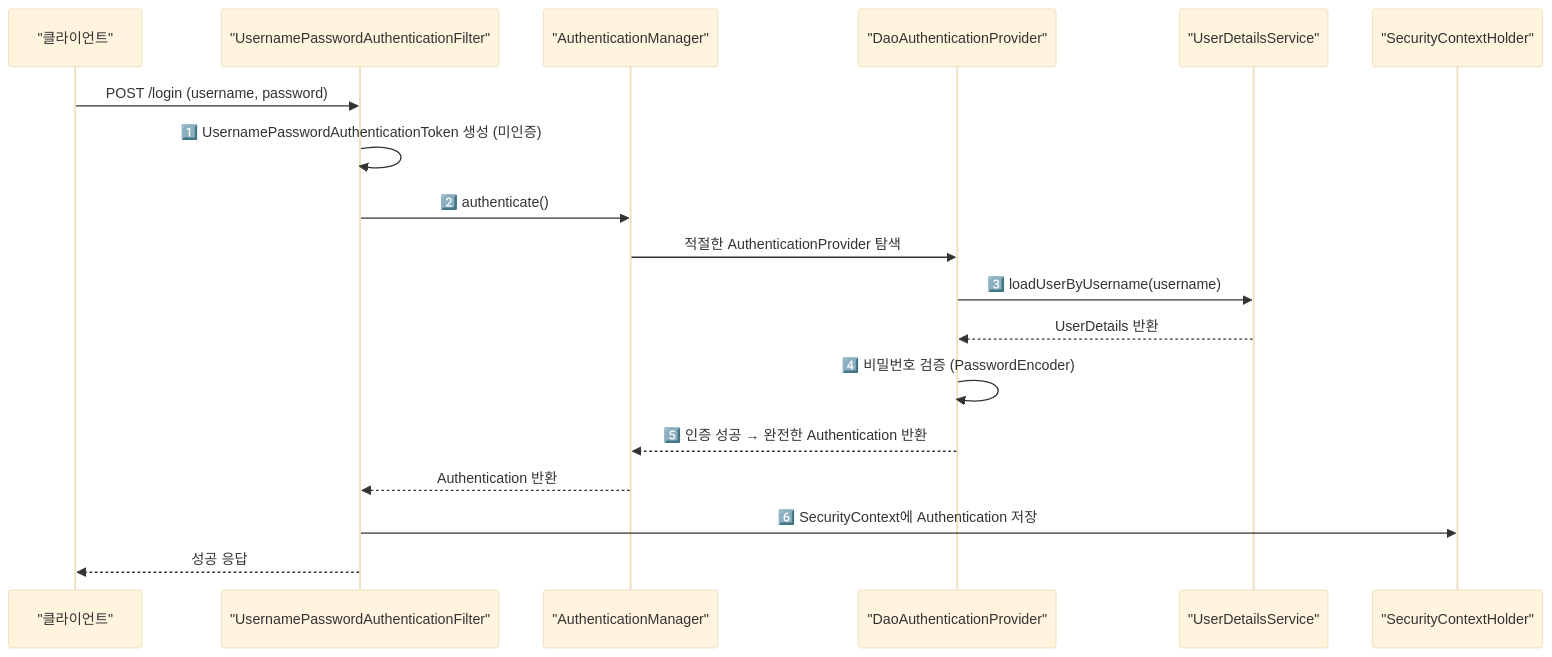
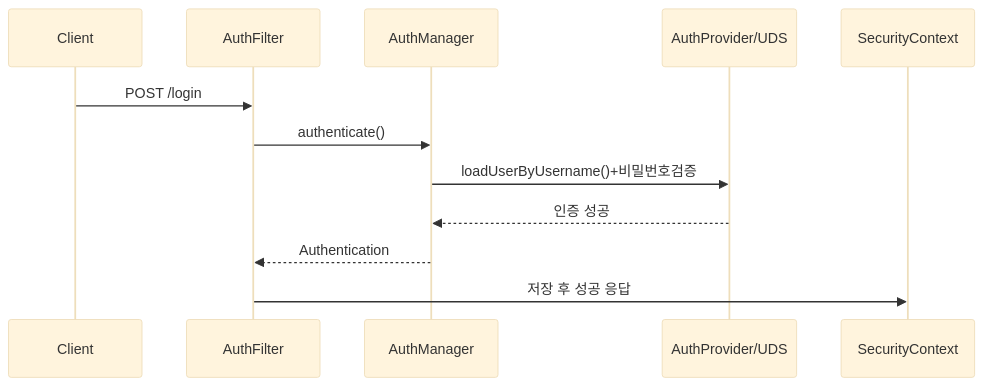
The second of 5 diagrams in _posts/spring/2026-05-01-spring-security-architecture.md (yjkim2015/yjkim2015.github.io), drawn with Mermaid (base theme) before and after one commit. The commit also changed other lines of this file and 215 other files, not shown here.

First line of the commit message:
신규 포스트 10개 추가 + Mermaid 전면 축소 + SystemDesign 시리즈 보강

````diff
--- a/_posts/spring/2026-05-01-spring-security-architecture.md
+++ b/_posts/spring/2026-05-01-spring-security-architecture.md
@@ -100,21 +100,14 @@
 ```mermaid
 sequenceDiagram
-    participant C as "클라이언트"
-    participant F as "UsernamePasswordAuthenticationFilter"
-    participant AM as "AuthenticationManager"
-    participant AP as "DaoAuthenticationProvider"
-    participant UDS as "UserDetailsService"
-    participant SC as "SecurityContextHolder"
-
-    C->>F: POST /login (username, password)
-    F->>F: 1️⃣ UsernamePasswordAuthenticationToken 생성 (미인증)
-    F->>AM: 2️⃣ authenticate()
-    AM->>AP: 적절한 AuthenticationProvider 탐색
-    AP->>UDS: 3️⃣ loadUserByUsername(username)
-    UDS-->>AP: UserDetails 반환
-    AP->>AP: 4️⃣ 비밀번호 검증 (PasswordEncoder)
-    AP-->>AM: 5️⃣ 인증 성공 → 완전한 Authentication 반환
-    AM-->>F: Authentication 반환
-    F->>SC: 6️⃣ SecurityContext에 Authentication 저장
-    F-->>C: 성공 응답
+    participant C as Client
+    participant F as AuthFilter
+    participant AM as AuthManager
+    participant AP as AuthProvider/UDS
+    participant SC as SecurityContext
+    C->>F: POST /login
+    F->>AM: authenticate()
+    AM->>AP: loadUserByUsername()+비밀번호검증
+    AP-->>AM: 인증 성공
+    AM-->>F: Authentication
+    F->>SC: 저장 후 성공 응답
 ```
````
